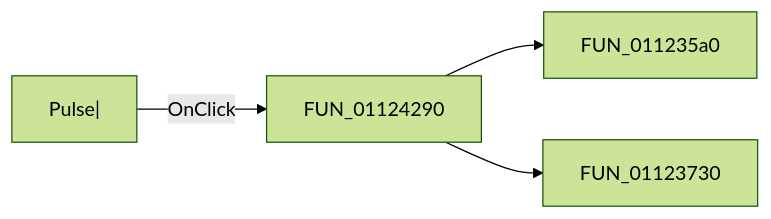
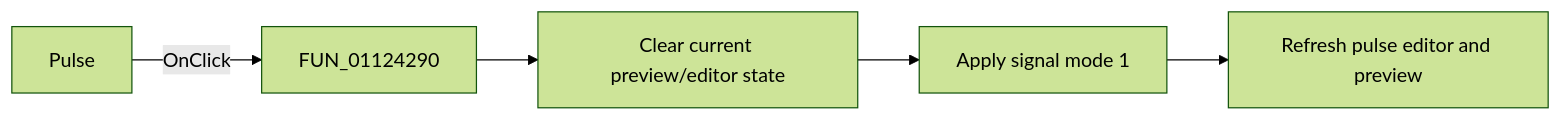
One commit to MovGP0/TIARA changed the diagram in docs/ui-controls/signaleditordlg/sbtnpulse-49ede84484.md. Above: the diagram before and after it, drawn with Mermaid (forest theme). The commit also changed other lines of this file and 1062 other files, not shown here.

````diff
--- a/docs/ui-controls/signaleditordlg/sbtnpulse-49ede84484.md
+++ b/docs/ui-controls/signaleditordlg/sbtnpulse-49ede84484.md
@@ -27,6 +33,7 @@
 ```mermaid
 flowchart LR
-    control["Pulse|"] -->|OnClick| handler["FUN_01124290"]
-    handler --> call1["FUN_011235a0"]
-    handler --> call2["FUN_01123730"]
+    control["Pulse"] -->|"OnClick"| handler["FUN_01124290"]
+    handler --> clear["Clear current preview/editor state"]
+    clear --> select["Apply signal mode 1"]
+    select --> refresh["Refresh pulse editor and preview"]
 ```
````
